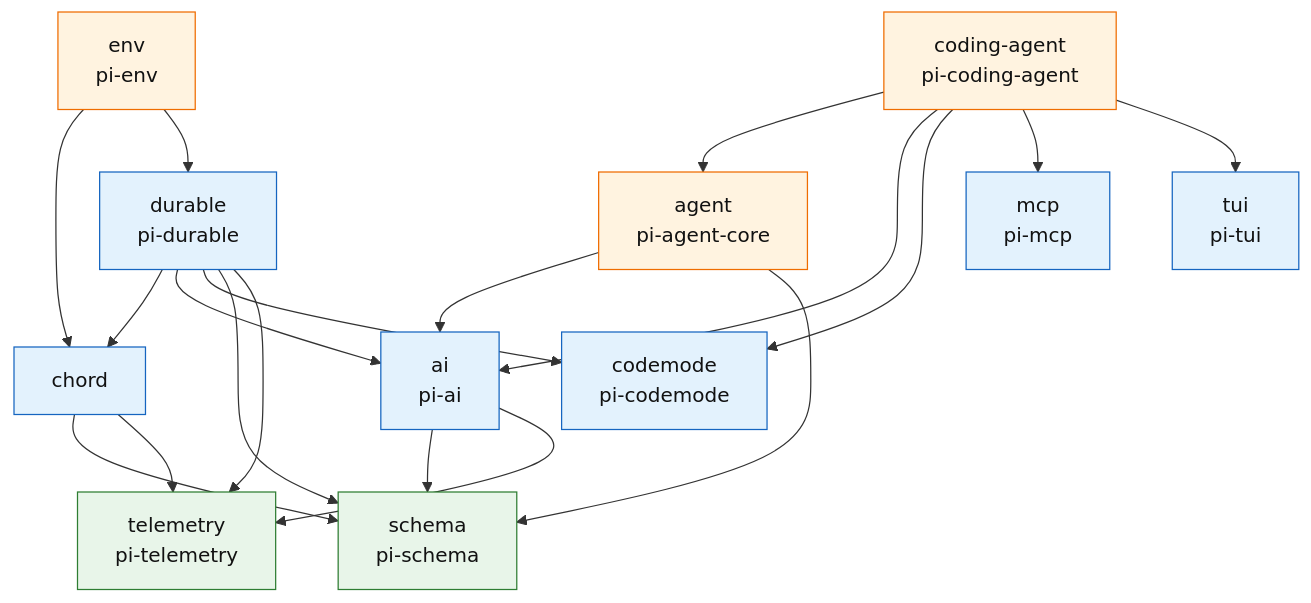
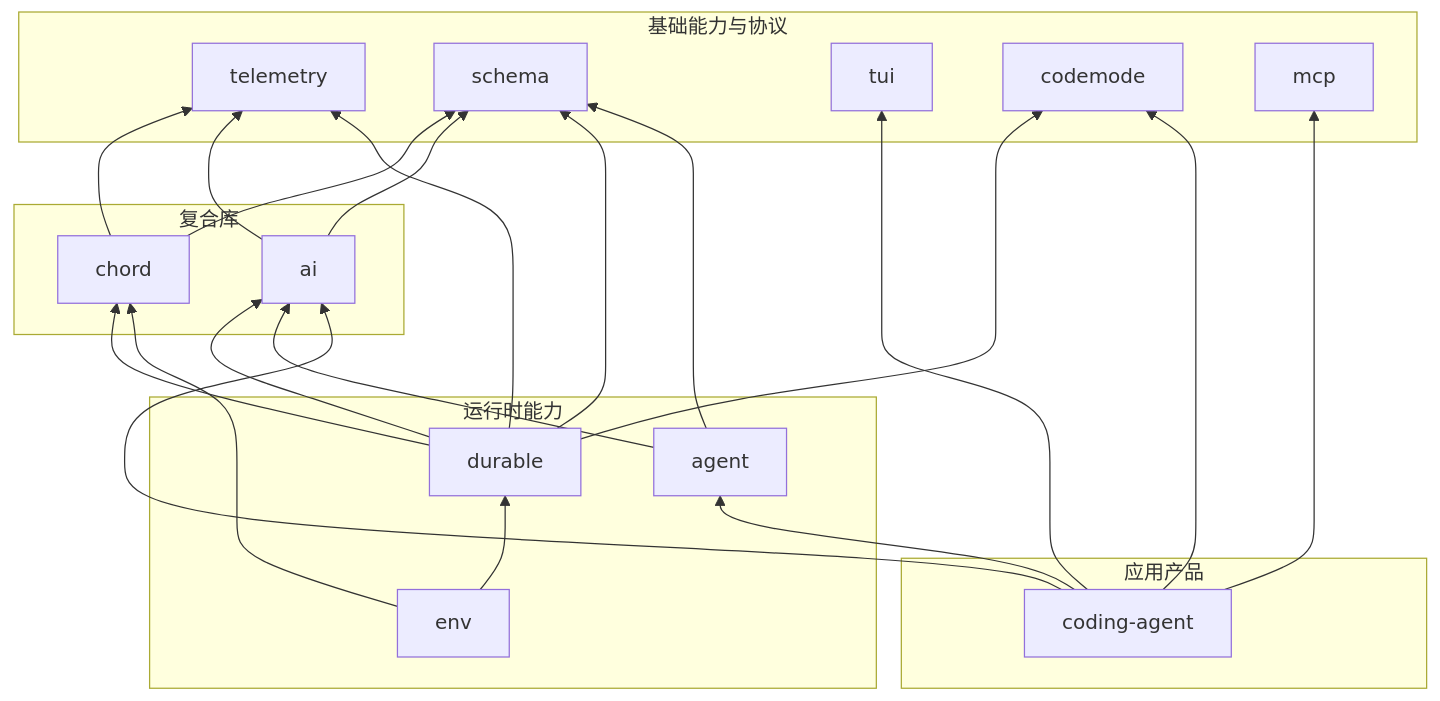
Before and after one commit to hunnuOpenSourceSoftware2026Group001/wentao-2333_Work: the diagram in 实践课2/模块依赖关系.mmd, drawn with Mermaid. The commit also changed 5 other files, not shown here.

Commit message:
实践课2：补全个人报告、依赖关系图与关键截图

```diff
--- a/实践课2/模块依赖关系.mmd
+++ b/实践课2/模块依赖关系.mmd
@@ -1,40 +1,41 @@
-flowchart TD
-    telemetry[telemetry<br/>pi-telemetry]
-    schema[schema<br/>pi-schema]
+flowchart BT
+  subgraph L1[基础能力与协议]
+    telemetry[telemetry]
+    schema[schema]
+    tui[tui]
+    codemode[codemode]
+    mcp[mcp]
+  end
+  subgraph L2[复合库]
     chord[chord]
-    tui[tui<br/>pi-tui]
-    codemode[codemode<br/>pi-codemode]
-    mcp[mcp<br/>pi-mcp]
-    ai[ai<br/>pi-ai]
-    durable[durable<br/>pi-durable]
-    env[env<br/>pi-env]
-    agent[agent<br/>pi-agent-core]
-    coding[coding-agent<br/>pi-coding-agent]
+    ai[ai]
+  end
+  subgraph L3[运行时能力]
+    durable[durable]
+    env[env]
+    agent[agent]
+  end
+  subgraph L4[应用产品]
+    codingAgent[coding-agent]
+  end
+  chord --> schema
+  chord --> telemetry
+  ai --> schema
+  ai --> telemetry
+  durable --> chord
+  durable --> ai
+  durable --> codemode
+  durable --> schema
+  durable --> telemetry
+  env --> chord
+  env --> durable
+  agent --> ai
+  agent --> schema
+  codingAgent --> agent
+  codingAgent --> ai
+  codingAgent --> codemode
+  codingAgent --> mcp
+  codingAgent --> tui
 
-    chord --> schema
-    chord --> telemetry
-    ai --> schema
-    ai --> telemetry
-    durable --> chord
-    durable --> ai
-    durable --> codemode
-    durable --> schema
-    durable --> telemetry
-    env --> chord
-    env --> durable
-    agent --> ai
-    agent --> schema
-    coding --> agent
-    coding --> ai
-    coding --> codemode
-    coding --> mcp
-    coding --> tui
-
-    classDef base fill:#e8f5e9,stroke:#2e7d32,color:#111;
-    classDef runtime fill:#e3f2fd,stroke:#1565c0,color:#111;
-    classDef app fill:#fff3e0,stroke:#ef6c00,color:#111;
-    class telemetry,schema base;
-    class chord,tui,codemode,mcp,ai,durable runtime;
-    class env,agent,coding app;
-
-    %% 箭头统一表示“使用方 --> 被依赖方”；仅绘制 package.json 中可核实的直接运行时依赖。
+  %% 箭头统一表示“使用方 --> 被依赖方”；仅绘制 package.json 中可核实的直接运行时依赖（dependencies）。
+  %% chord 的 esbuild/react/ws 为可选 peerDependencies，不是这 11 个模块之间的内部运行时依赖，故不绘制。
```
